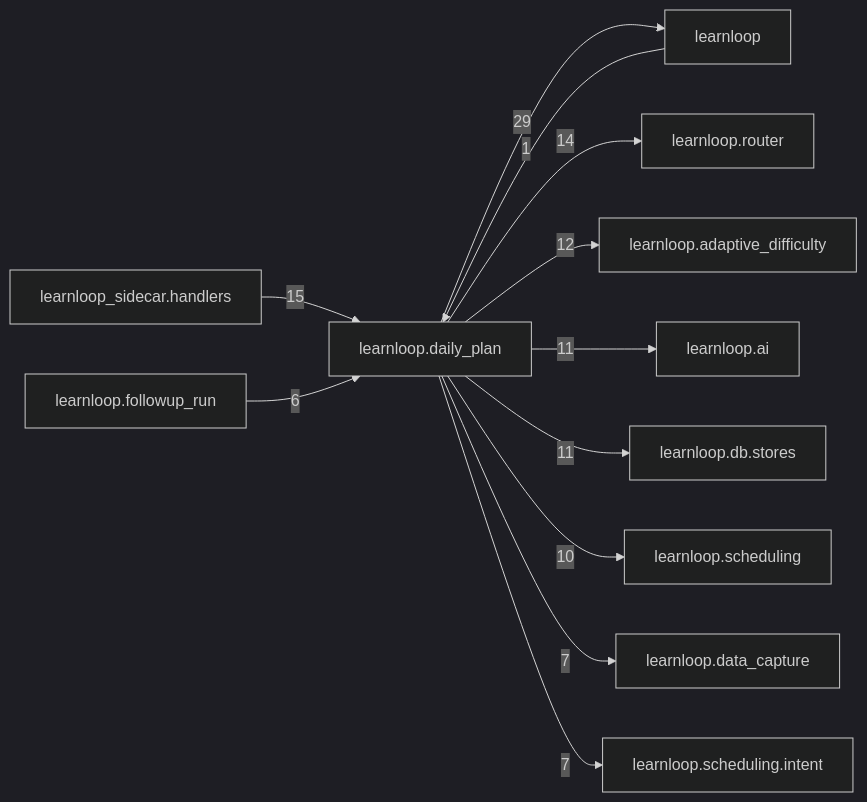
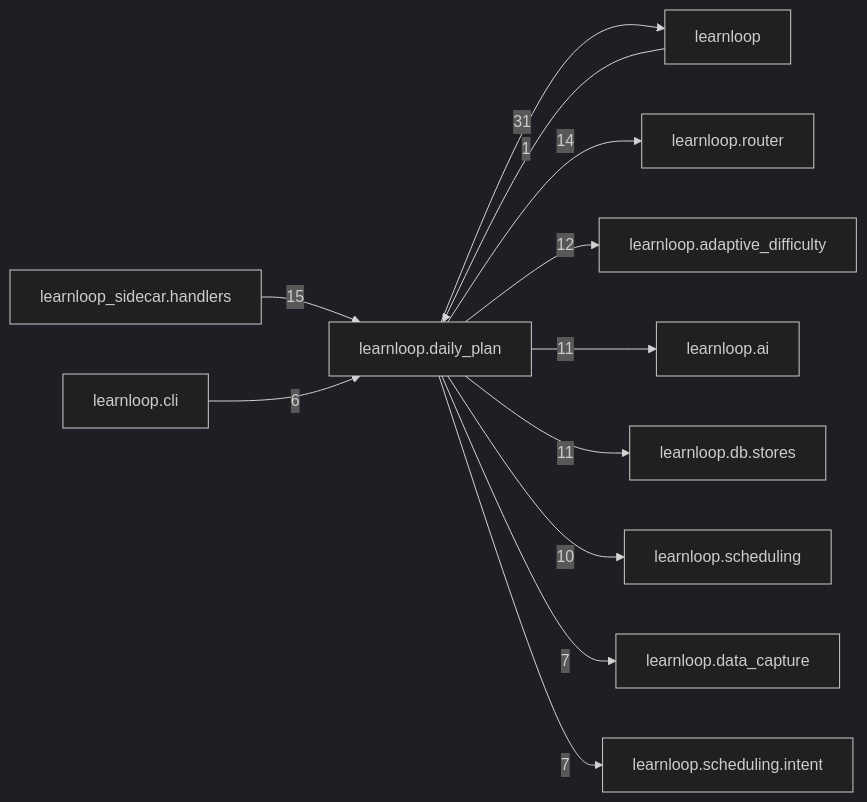
Before and after one commit to 6up-b/learnanything: the diagram in docs/learnloop-architecture-vault/Reference/Modules/learnloop/daily_plan/_package.md, drawn with Mermaid (dark theme). The commit also changed other lines of this file and 62 other files, not shown here.

````diff
--- a/docs/learnloop-architecture-vault/Reference/Modules/learnloop/daily_plan/_package.md
+++ b/docs/learnloop-architecture-vault/Reference/Modules/learnloop/daily_plan/_package.md
@@ -149,25 +151,25 @@
 ```mermaid
 flowchart LR
     center["learnloop.daily_plan"]
     n_learnloop["learnloop"]
     n_learnloop_sidecar_handlers["learnloop_sidecar.handlers"]
     n_learnloop_router["learnloop.router"]
     n_learnloop_adaptive_difficulty["learnloop.adaptive_difficulty"]
     n_learnloop_ai["learnloop.ai"]
     n_learnloop_db_stores["learnloop.db.stores"]
     n_learnloop_scheduling["learnloop.scheduling"]
     n_learnloop_data_capture["learnloop.data_capture"]
     n_learnloop_scheduling_intent["learnloop.scheduling.intent"]
-    n_learnloop_followup_run["learnloop.followup_run"]
+    n_learnloop_cli["learnloop.cli"]
     n_learnloop -->|1| center
-    center -->|29| n_learnloop
+    center -->|31| n_learnloop
     n_learnloop_sidecar_handlers -->|15| center
     center -->|14| n_learnloop_router
     center -->|12| n_learnloop_adaptive_difficulty
     center -->|11| n_learnloop_ai
     center -->|11| n_learnloop_db_stores
     center -->|10| n_learnloop_scheduling
     center -->|7| n_learnloop_data_capture
     center -->|7| n_learnloop_scheduling_intent
-    n_learnloop_followup_run -->|6| center
+    n_learnloop_cli -->|6| center
 ```
````
